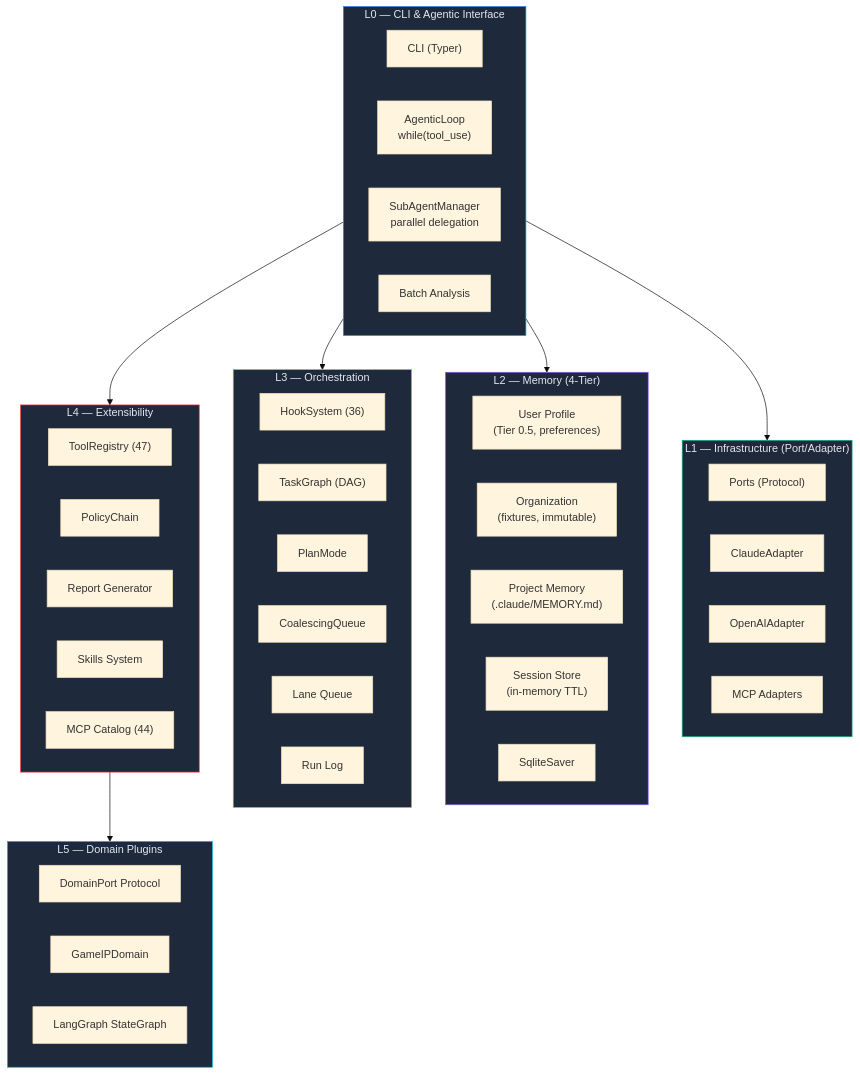
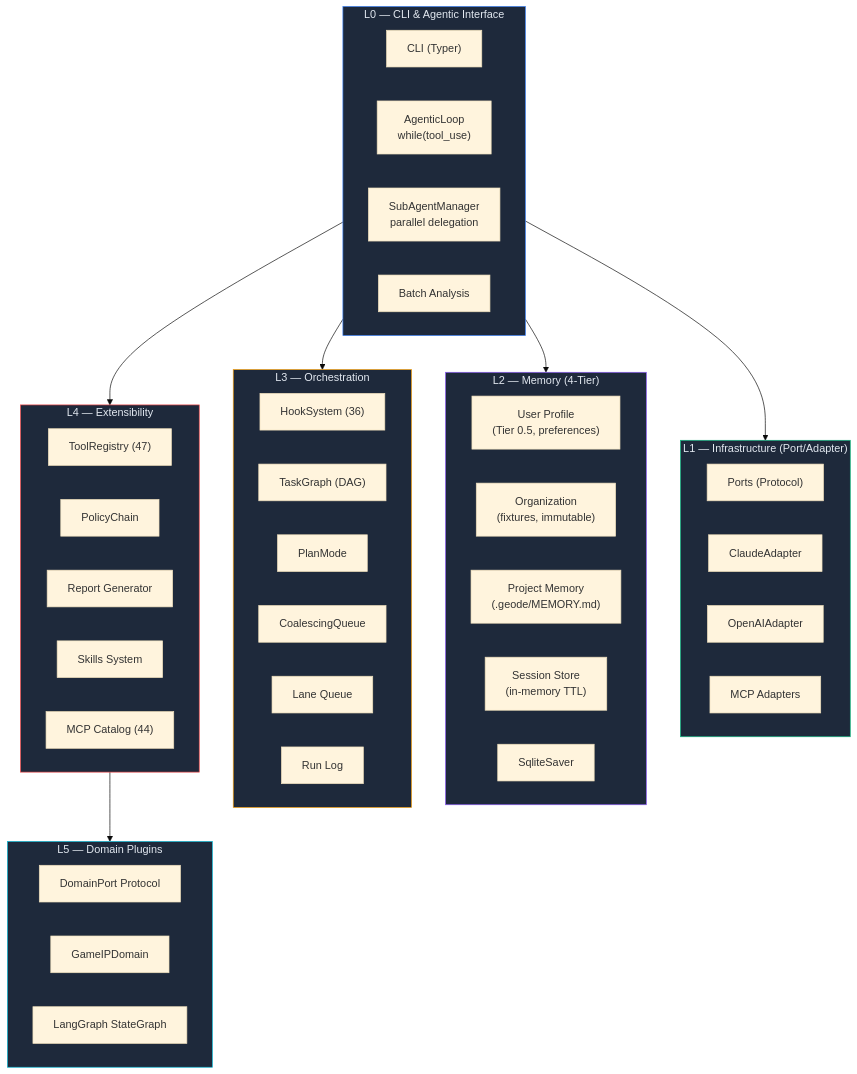
Before and after one commit to mangowhoiscloud/geode: the first of 19 diagrams in docs/architecture.md, drawn with Mermaid (base theme). The commit also changed other lines of this file, not shown here.

````diff
--- a/docs/architecture.md
+++ b/docs/architecture.md
@@ -7,60 +7,60 @@
 ```mermaid
 graph TB
     subgraph L0["L0 — CLI & Agentic Interface"]
         CLI["CLI (Typer)"]
         AL["AgenticLoop<br/>while(tool_use)"]
         SubA["SubAgentManager<br/>parallel delegation"]
         Batch["Batch Analysis"]
     end
 
     subgraph L1["L1 — Infrastructure (Port/Adapter)"]
         direction LR
         Ports["Ports (Protocol)"]
         Claude["ClaudeAdapter"]
         OpenAI["OpenAIAdapter"]
         MCP["MCP Adapters"]
     end
 
     subgraph L2["L2 — Memory (4-Tier)"]
         UserProf["User Profile<br/>(Tier 0.5, preferences)"]
         Org["Organization<br/>(fixtures, immutable)"]
-        Project["Project Memory<br/>(.claude/MEMORY.md)"]
+        Project["Project Memory<br/>(.geode/MEMORY.md)"]
         Session["Session Store<br/>(in-memory TTL)"]
         Checkpoint["SqliteSaver"]
     end
 
     subgraph L3["L3 — Orchestration"]
         Hooks["HookSystem (36)"]
         Tasks["TaskGraph (DAG)"]
         Plan["PlanMode"]
         Coal["CoalescingQueue"]
         Lanes["Lane Queue"]
         RunLog["Run Log"]
     end
 
     subgraph L4["L4 — Extensibility"]
         Tools["ToolRegistry (47)"]
         Policy["PolicyChain"]
         Reports["Report Generator"]
         Skills["Skills System"]
         MCPCat["MCP Catalog (44)"]
     end
 
     subgraph L5["L5 — Domain Plugins"]
         Domain["DomainPort Protocol"]
         GameIP["GameIPDomain"]
         Pipeline["LangGraph StateGraph"]
     end
 
     L0 --> L1
     L0 --> L2
     L0 --> L3
     L0 --> L4
     L4 --> L5
     style L0 fill:#1e293b,stroke:#3b82f6,color:#e2e8f0
     style L1 fill:#1e293b,stroke:#10b981,color:#e2e8f0
     style L2 fill:#1e293b,stroke:#8b5cf6,color:#e2e8f0
     style L3 fill:#1e293b,stroke:#f59e0b,color:#e2e8f0
     style L4 fill:#1e293b,stroke:#ef4444,color:#e2e8f0
     style L5 fill:#1e293b,stroke:#06b6d4,color:#e2e8f0
 ```
````
